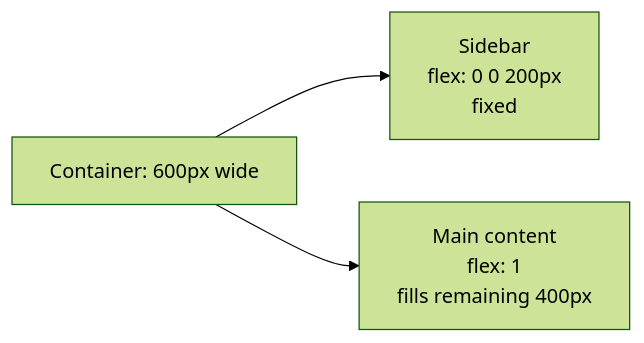
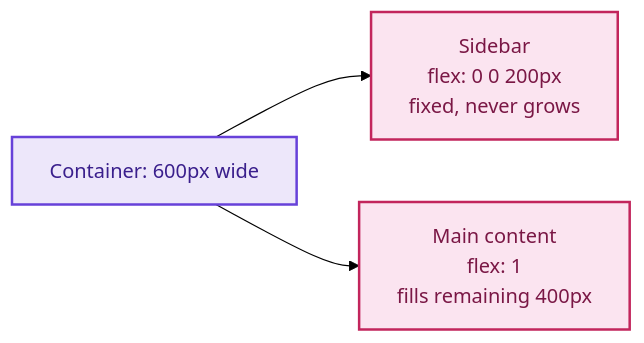
Before and after one commit to codewithz/mstap2026: the fourth of 5 diagrams in css-playground/css-explainers/03-flexbox-layout.md, drawn with Mermaid (forest theme). The commit also changed other lines of this file and 2 other files, not shown here.

````diff
--- a/css-playground/css-explainers/03-flexbox-layout.md
+++ b/css-playground/css-explainers/03-flexbox-layout.md
@@ -79,5 +183,10 @@
 ```mermaid
 flowchart LR
-    A["Container: 600px wide"] --> B["Sidebar<br/>flex: 0 0 200px<br/>fixed"]
+    A["Container: 600px wide"] --> B["Sidebar<br/>flex: 0 0 200px<br/>fixed, never grows"]
     A --> C["Main content<br/>flex: 1<br/>fills remaining 400px"]
+
+    classDef purple fill:#EDE7FA,stroke:#6741D9,stroke-width:2px,color:#3A1F8C
+    classDef pink fill:#FBE4F0,stroke:#C2255C,stroke-width:2px,color:#7A1745
+    class A purple
+    class B,C pink
 ```
````
